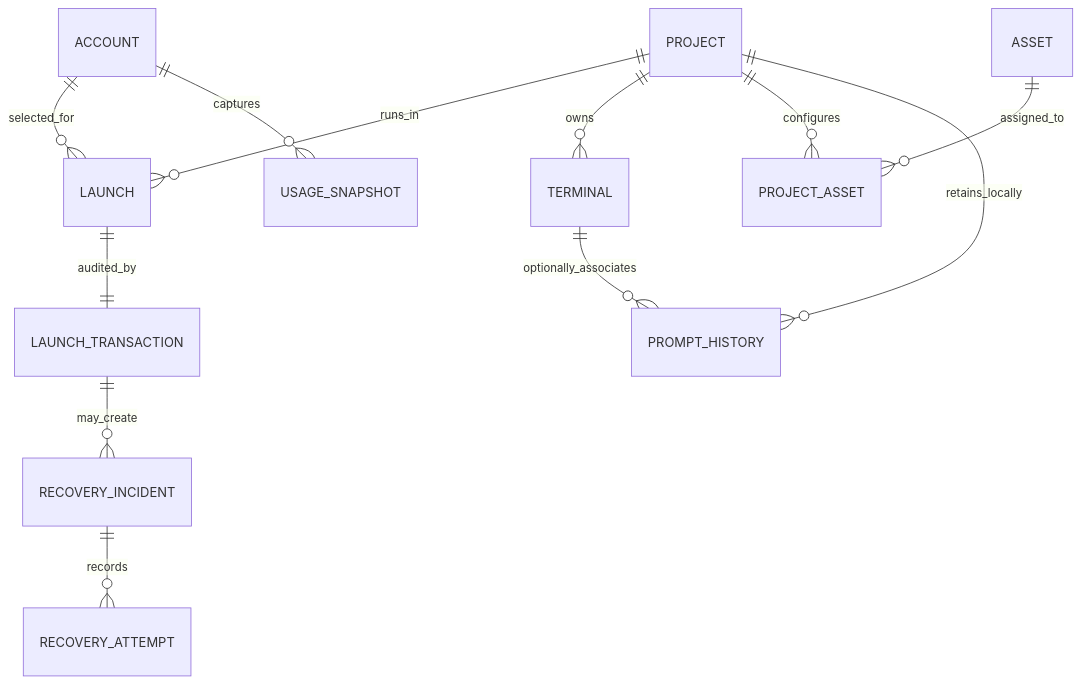
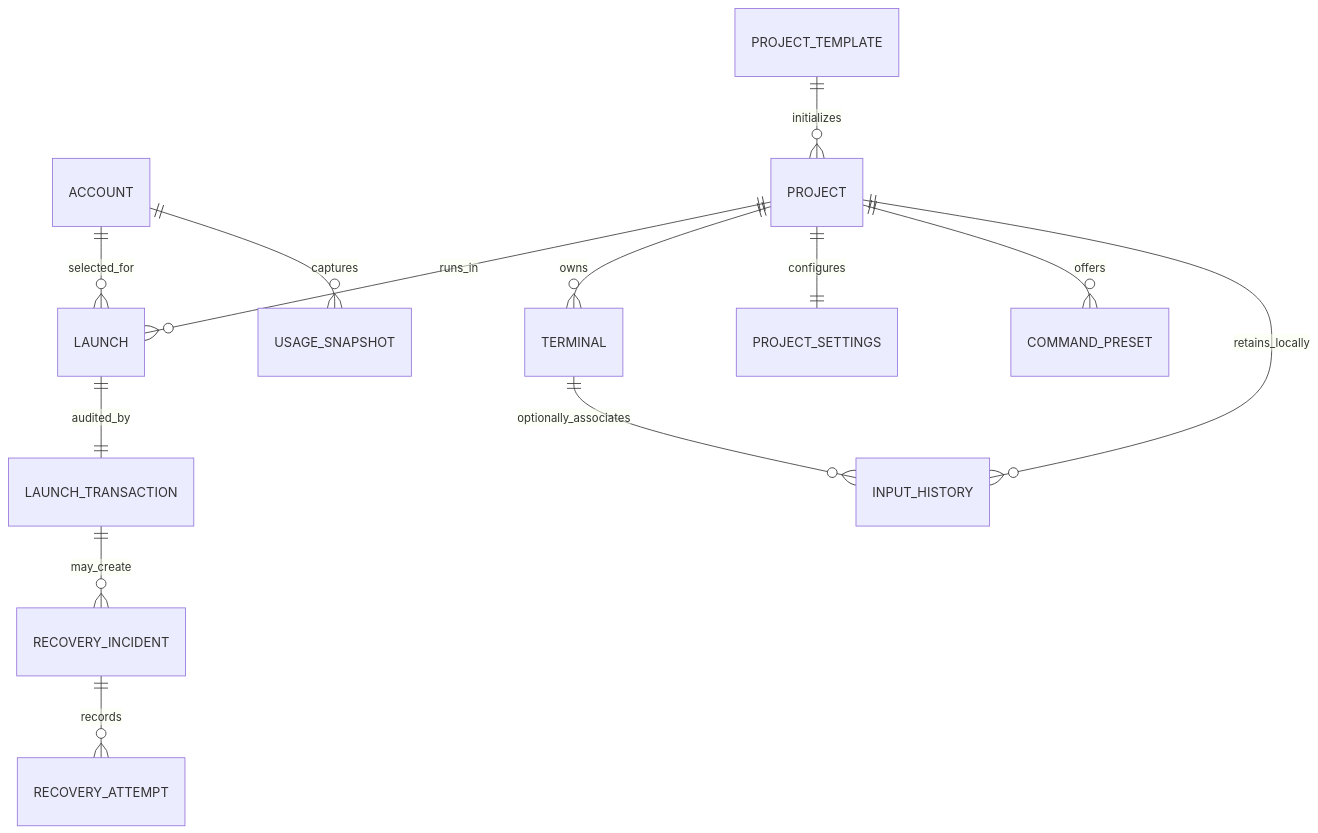
The diagram in docs/DATA_MODEL.md (Mingll22/muxlane), drawn with Mermaid before and after one commit. The commit also changed other lines of this file and 40 other files, not shown here.

````diff
--- a/docs/DATA_MODEL.md
+++ b/docs/DATA_MODEL.md
@@ -125,14 +130,15 @@
 ```mermaid
 erDiagram
   ACCOUNT ||--o{ LAUNCH : selected_for
   PROJECT ||--o{ LAUNCH : runs_in
   PROJECT ||--o{ TERMINAL : owns
   LAUNCH ||--|| LAUNCH_TRANSACTION : audited_by
   LAUNCH_TRANSACTION ||--o{ RECOVERY_INCIDENT : may_create
   RECOVERY_INCIDENT ||--o{ RECOVERY_ATTEMPT : records
   ACCOUNT ||--o{ USAGE_SNAPSHOT : captures
-  PROJECT ||--o{ PROJECT_ASSET : configures
-  ASSET ||--o{ PROJECT_ASSET : assigned_to
-  PROJECT ||--o{ PROMPT_HISTORY : retains_locally
-  TERMINAL ||--o{ PROMPT_HISTORY : optionally_associates
+  PROJECT ||--|| PROJECT_SETTINGS : configures
+  PROJECT ||--o{ COMMAND_PRESET : offers
+  PROJECT ||--o{ INPUT_HISTORY : retains_locally
+  TERMINAL ||--o{ INPUT_HISTORY : optionally_associates
+  PROJECT_TEMPLATE ||--o{ PROJECT : initializes
 ```
````
